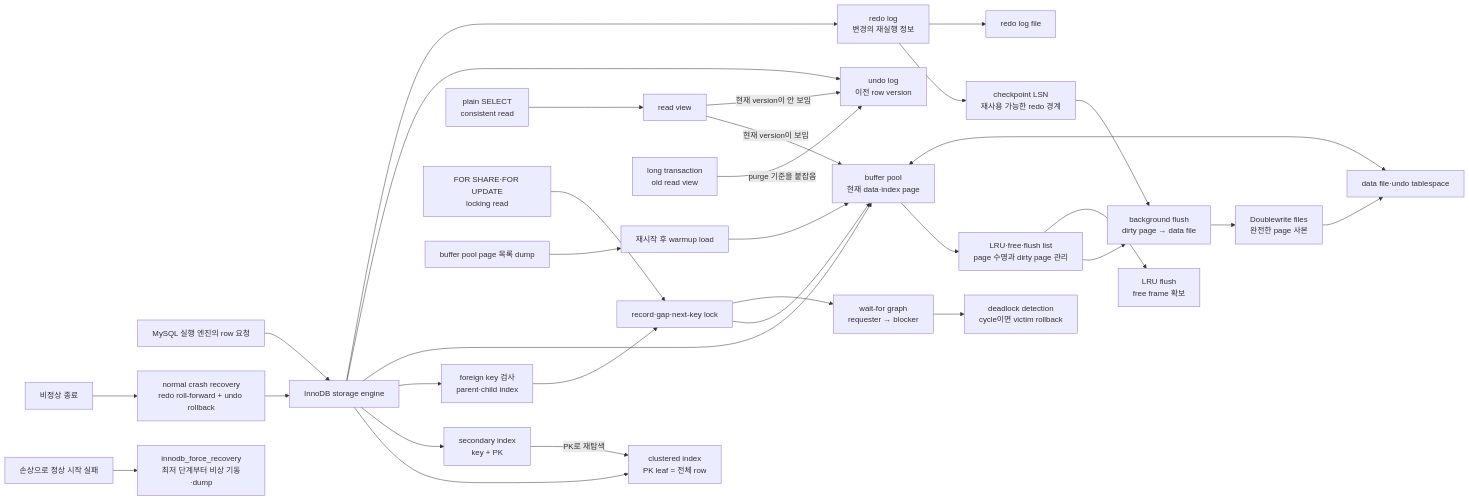
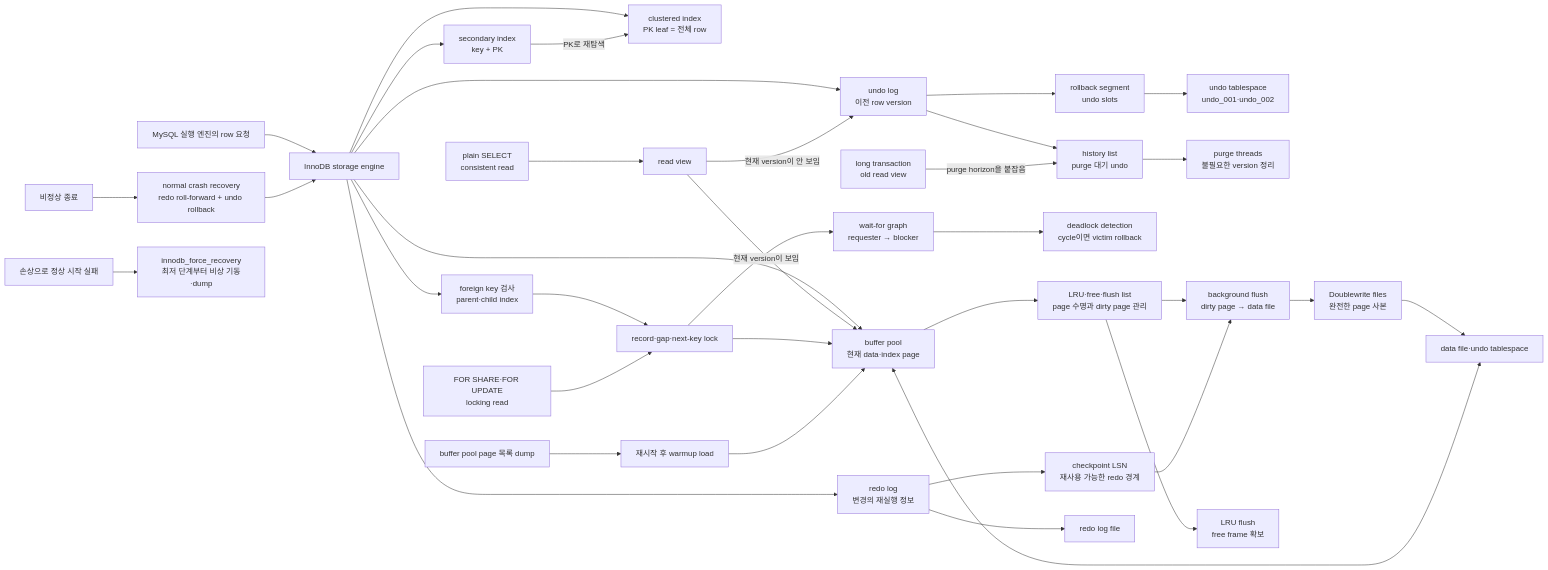
The first of 21 diagrams in 06-sources/reading-notes/real-mysql-8-0-1/04-아키텍쳐/4.2 InnoDB 스토리지 엔진 아키텍쳐.md (Hoya324/study-cs-obsidian), drawn with Mermaid before and after one commit. The commit also changed other lines of this file and 2 other files, not shown here.

Commit message:
study: document InnoDB undo logs and tablespaces

````diff
--- a/06-sources/reading-notes/real-mysql-8-0-1/04-아키텍쳐/4.2 InnoDB 스토리지 엔진 아키텍쳐.md
+++ b/06-sources/reading-notes/real-mysql-8-0-1/04-아키텍쳐/4.2 InnoDB 스토리지 엔진 아키텍쳐.md
@@ -33,34 +33,38 @@
 ```mermaid
 flowchart LR
     SQL["MySQL 실행 엔진의 row 요청"] --> INNO["InnoDB storage engine"]
     INNO --> CI["clustered index<br/>PK leaf = 전체 row"]
     INNO --> SI["secondary index<br/>key + PK"]
     SI -->|"PK로 재탐색"| CI
     INNO --> FK["foreign key 검사<br/>parent·child index"]
     FK --> LOCK["record·gap·next-key lock"]
     INNO --> BP["buffer pool<br/>현재 data·index page"]
     INNO --> UNDO["undo log<br/>이전 row version"]
+    UNDO --> RSEG["rollback segment<br/>undo slots"]
+    RSEG --> UTS["undo tablespace<br/>undo_001·undo_002"]
+    UNDO --> HIST["history list<br/>purge 대기 undo"]
+    HIST --> PURGE["purge threads<br/>불필요한 version 정리"]
     INNO --> REDO["redo log<br/>변경의 재실행 정보"]
     CR["plain SELECT<br/>consistent read"] --> RV["read view"]
     RV -->|"현재 version이 보임"| BP
     RV -->|"현재 version이 안 보임"| UNDO
     LR["FOR SHARE·FOR UPDATE<br/>locking read"] --> LOCK
     LOCK --> BP
     LOCK --> WFG["wait-for graph<br/>requester → blocker"]
     WFG --> DET["deadlock detection<br/>cycle이면 victim rollback"]
-    LONG["long transaction<br/>old read view"] -->|"purge 기준을 붙잡음"| UNDO
+    LONG["long transaction<br/>old read view"] -->|"purge horizon을 붙잡음"| HIST
     BP --> LIST["LRU·free·flush list<br/>page 수명과 dirty page 관리"]
     REDO --> CKPT["checkpoint LSN<br/>재사용 가능한 redo 경계"]
     LIST --> FLUSH["background flush<br/>dirty page → data file"]
     CKPT --> FLUSH
     LIST --> LRUFLUSH["LRU flush<br/>free frame 확보"]
     FLUSH --> DW["Doublewrite files<br/>완전한 page 사본"]
     DW --> DISK
     HOT["buffer pool page 목록 dump"] --> WARM["재시작 후 warmup load"]
     WARM --> BP
     CRASH["비정상 종료"] --> REC["normal crash recovery<br/>redo roll-forward + undo rollback"]
     REC --> INNO
     CORRUPT["손상으로 정상 시작 실패"] --> FORCE["innodb_force_recovery<br/>최저 단계부터 비상 기동·dump"]
     BP <--> DISK["data file·undo tablespace"]
     REDO --> LOG["redo log file"]
 ```
````
